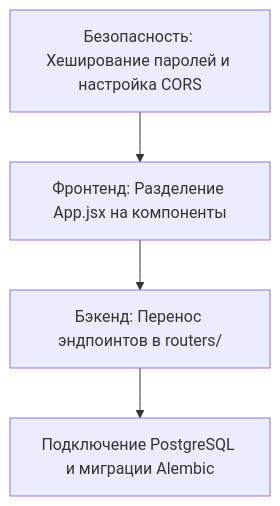
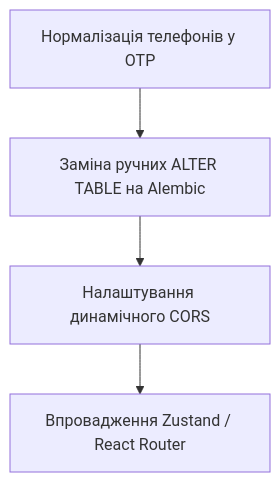
One commit to soggyv/oneclick-sandbox changed the diagram in brutal_analysis.md. Above: the diagram before and after it, drawn with Mermaid. The commit also changed other lines of this file and 32 other files, not shown here.

````diff
--- a/brutal_analysis.md
+++ b/brutal_analysis.md
@@ -83,6 +55,6 @@
 ```mermaid
 graph TD
-    A[Безопасность: Хеширование паролей и настройка CORS] --> B[Фронтенд: Разделение App.jsx на компоненты]
-    B --> C[Бэкенд: Перенос эндпоинтов в routers/]
-    C --> D[Подключение PostgreSQL и миграции Alembic]
+    A[Нормалізація телефонів у OTP] --> B[Заміна ручних ALTER TABLE на Alembic]
+    B --> C[Налаштування динамічного CORS]
+    C --> D[Впровадження Zustand / React Router]
 ```
````
